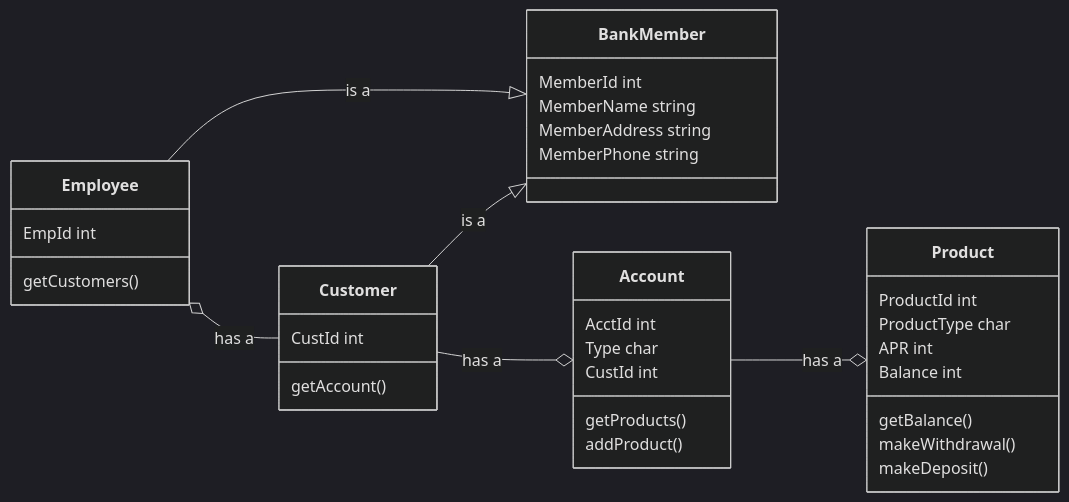
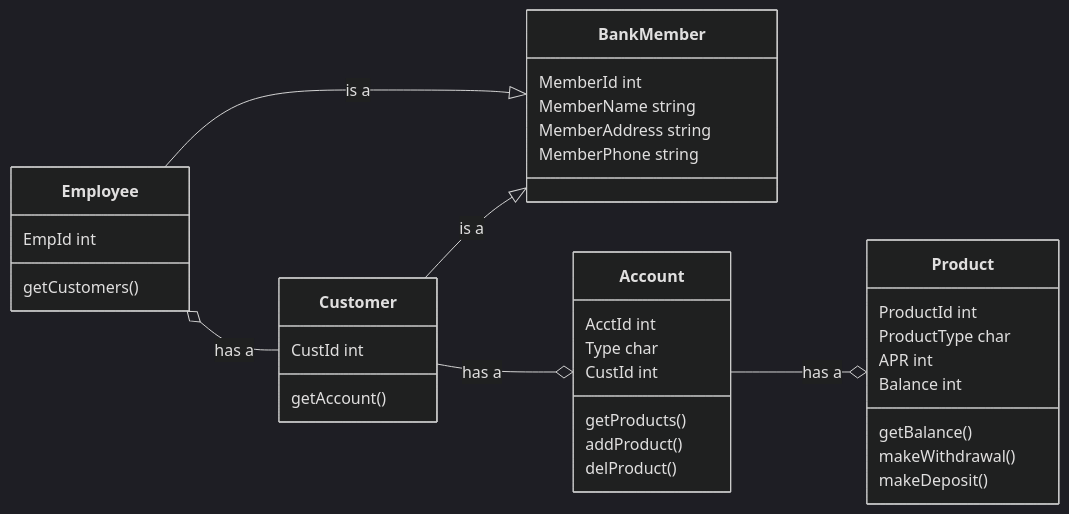
The diagram in mermaid.md (Marcus-Snell/Test), drawn with Mermaid (dark theme) before and after one commit.

````diff
--- a/mermaid.md
+++ b/mermaid.md
@@ -1,39 +1,40 @@
 ```mermaid
 classDiagram
 direction LR
 BankMember
 BankMember : MemberId int
 BankMember : MemberName string
 BankMember : MemberAddress string
 BankMember : MemberPhone string
 
 
 Employee --|> BankMember : is a
 Employee o-- Customer : has a
 Employee : EmpId int
 Employee : getCustomers()
 
 Customer --|> BankMember : is a
 Customer --o Account : has a
 Customer : CustId int
 Customer : getAccount()
 
 Account --o Product : has a
 Account : AcctId int
 Account : Type char
 Account : CustId int
 Account : getProducts()
 Account : addProduct()
+Account : delProduct()
 
 
 
 
 Product : ProductId int
 Product : ProductType char
 Product : APR int
 Product : Balance int
 Product : getBalance()
 Product : makeWithdrawal()
 Product : makeDeposit()
 
 ```
````
